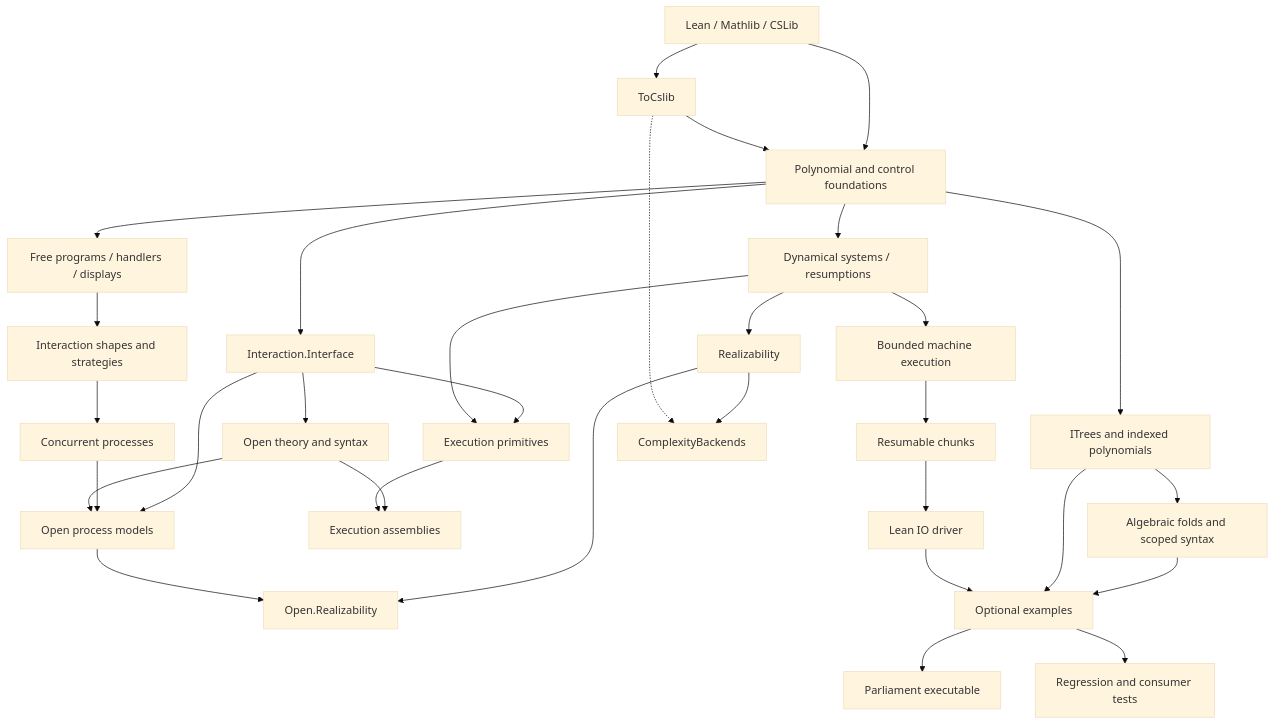
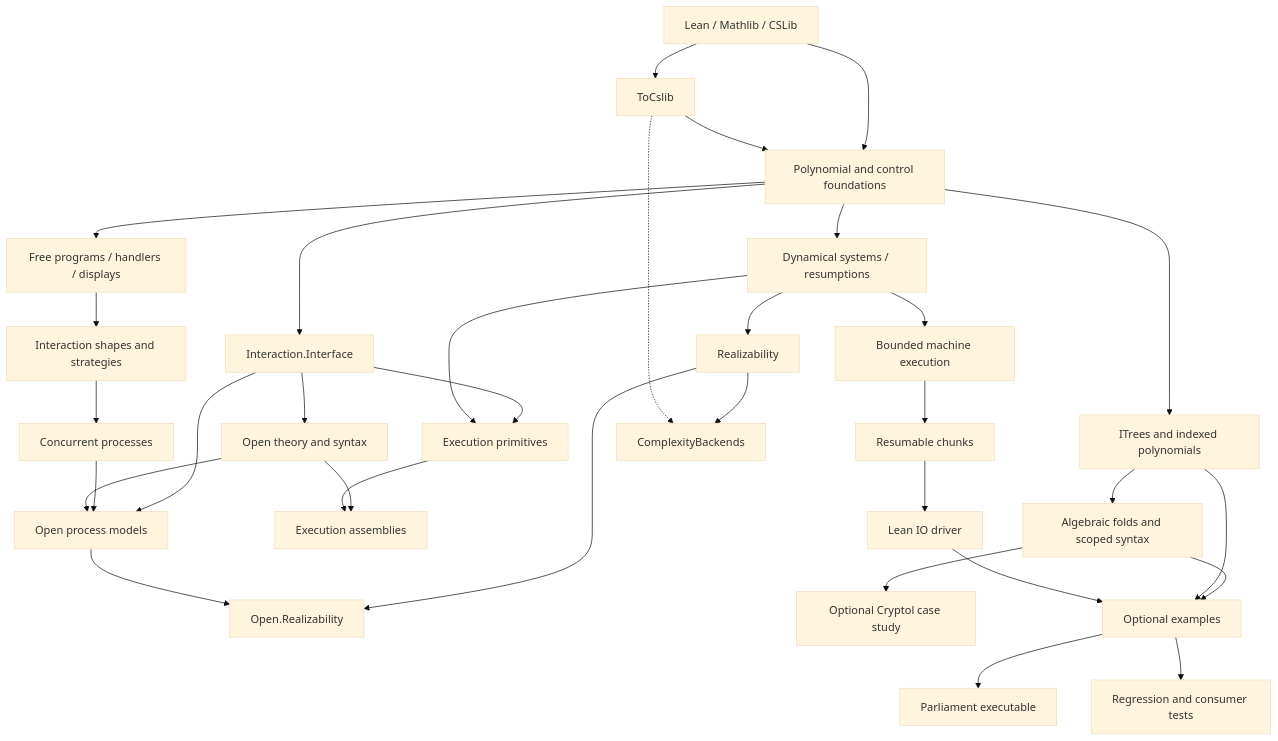
One commit to Verified-zkEVM/PolyFun changed the diagram in docs/reference/repo-map.md. Above: the diagram before and after it, drawn with Mermaid (base theme). The commit also changed other lines of this file and 133 other files, not shown here.

````diff
--- a/docs/reference/repo-map.md
+++ b/docs/reference/repo-map.md
@@ -89,34 +91,35 @@
 ```mermaid
 flowchart TD
   U[Lean / Mathlib / CSLib] --> T[ToCslib]
   U --> P[Polynomial and control foundations]
   T --> P
   P --> F[Free programs / handlers / displays]
   P --> D[Dynamical systems / resumptions]
   D --> BD[Bounded machine execution]
   BD --> RC[Resumable chunks]
   RC --> IO[Lean IO driver]
   P --> I[ITrees and indexed polynomials]
   F --> S[Interaction shapes and strategies]
   S --> C[Concurrent processes]
   P --> B[Interaction.Interface]
   B --> O[Open theory and syntax]
   B --> E[Execution primitives]
   D --> E
   O --> A[Execution assemblies]
   E --> A
   B --> OP[Open process models]
   C --> OP
   O --> OP
   D --> R[Realizability]
   R --> OR[Open.Realizability]
   OP --> OR
   R --> AD[ComplexityBackends]
   T -.-> AD
   I --> SF[Algebraic folds and scoped syntax]
+  SF --> CRY[Optional Cryptol case study]
   SF --> EX[Optional examples]
   I --> EX
   IO --> EX
   EX --> CLI[Parliament executable]
   EX --> TEST[Regression and consumer tests]
 ```
````
